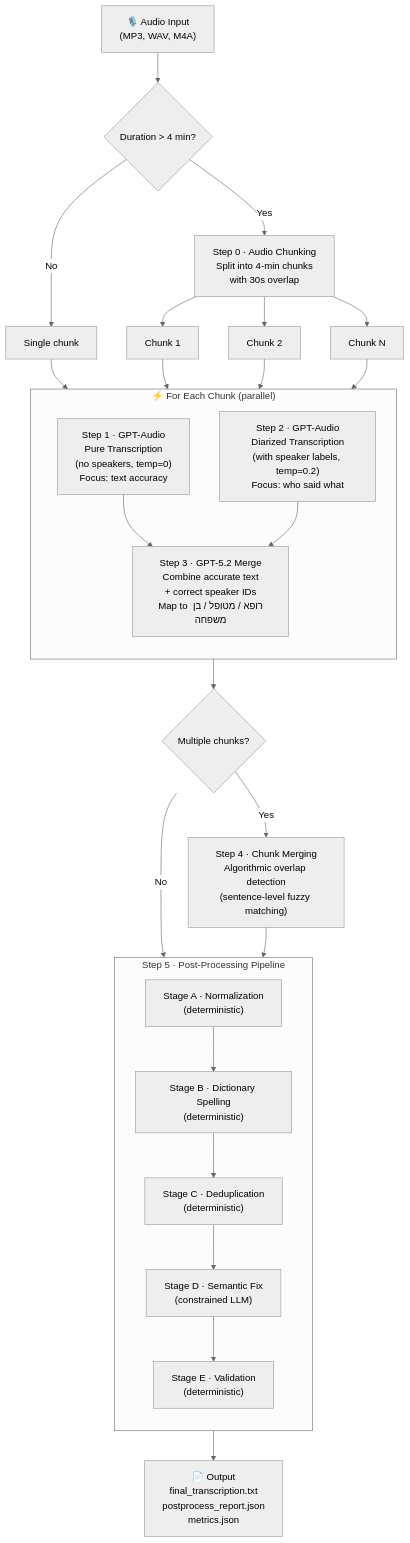
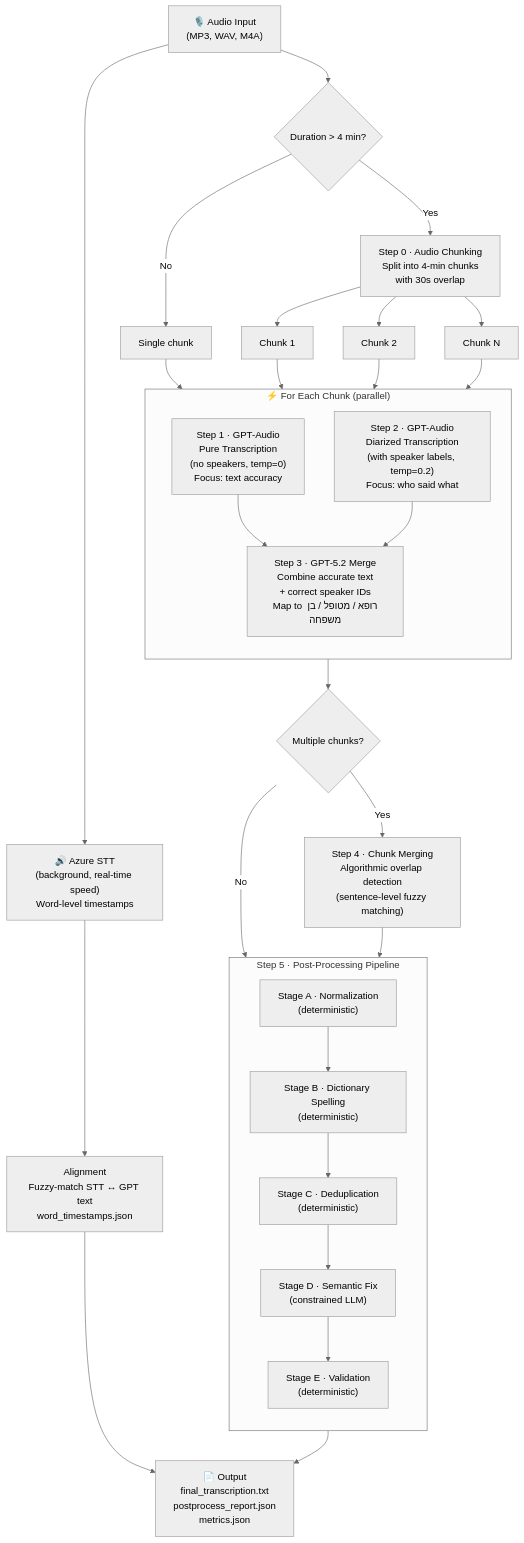
The diagram in README.md (roie9876/medical-diarization), drawn with Mermaid (neutral theme) before and after one commit. The commit also changed other lines of this file and 14 other files, not shown here.

````diff
--- a/README.md
+++ b/README.md
@@ -19,40 +22,44 @@
 ```mermaid
 flowchart TD
     A["🎙️ Audio Input\n(MP3, WAV, M4A)"] --> B{"Duration > 4 min?"}
 
     B -- No --> D1["Single chunk"]
     B -- Yes --> C["Step 0 · Audio Chunking\nSplit into 4-min chunks\nwith 30s overlap"]
     C --> D2["Chunk 1"]
     C --> D3["Chunk 2"]
     C --> D4["Chunk N"]
 
     D1 --> PAR
     D2 --> PAR
     D3 --> PAR
     D4 --> PAR
 
     subgraph PAR["⚡ For Each Chunk (parallel)"]
         direction TB
         E1["Step 1 · GPT-Audio\nPure Transcription\n(no speakers, temp=0)\nFocus: text accuracy"]
         E2["Step 2 · GPT-Audio\nDiarized Transcription\n(with speaker labels, temp=0.2)\nFocus: who said what"]
         E1 --> F["Step 3 · GPT-5.2 Merge\nCombine accurate text\n+ correct speaker IDs\nMap to רופא / מטופל / בן משפחה"]
         E2 --> F
     end
 
     PAR --> G{"Multiple chunks?"}
     G -- Yes --> H["Step 4 · Chunk Merging\nAlgorithmic overlap detection\n(sentence-level fuzzy matching)"]
     G -- No --> I
     H --> I
 
     subgraph I["Step 5 · Post-Processing Pipeline"]
         direction TB
         SA["Stage A · Normalization\n(deterministic)"]
         SB["Stage B · Dictionary Spelling\n(deterministic)"]
         SC["Stage C · Deduplication\n(deterministic)"]
         SD["Stage D · Semantic Fix\n(constrained LLM)"]
         SE["Stage E · Validation\n(deterministic)"]
         SA --> SB --> SC --> SD --> SE
     end
 
     I --> J["📄 Output\nfinal_transcription.txt\npostprocess_report.json\nmetrics.json"]
+
+    A --> STT["🔊 Azure STT\n(background, real-time speed)\nWord-level timestamps"]
+    STT --> ALIGN["Alignment\nFuzzy-match STT ↔ GPT text\nword_timestamps.json"]
+    ALIGN --> J
 ```
````
